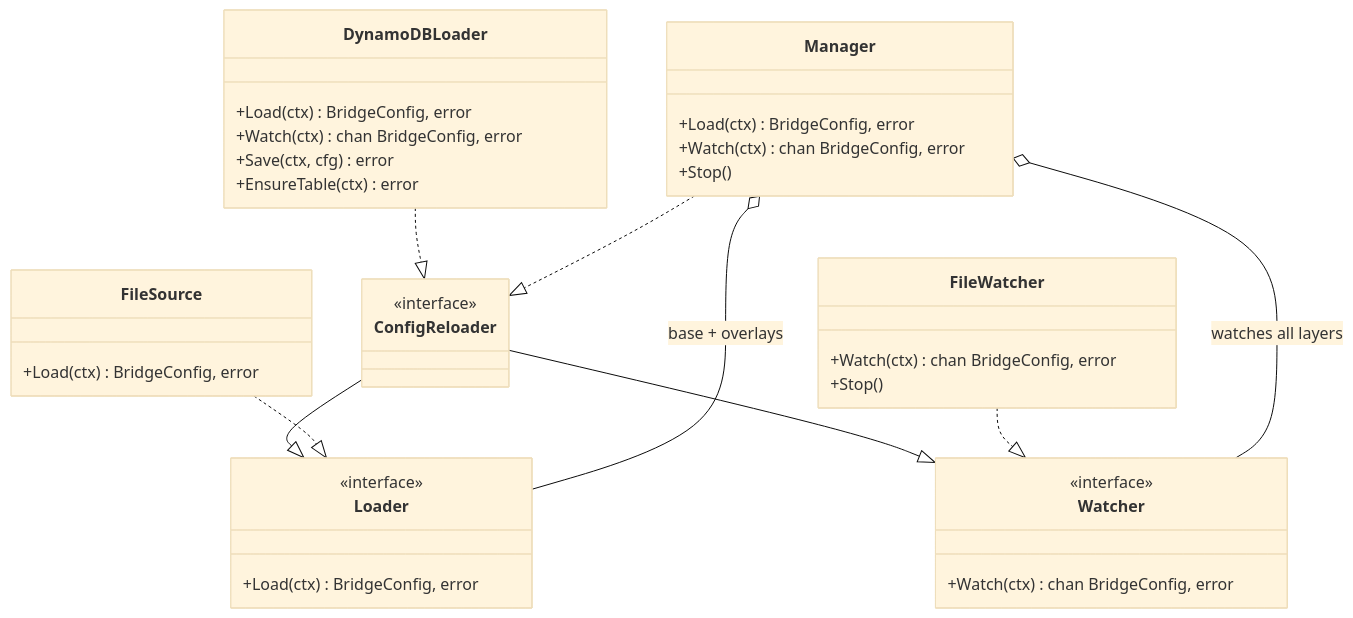
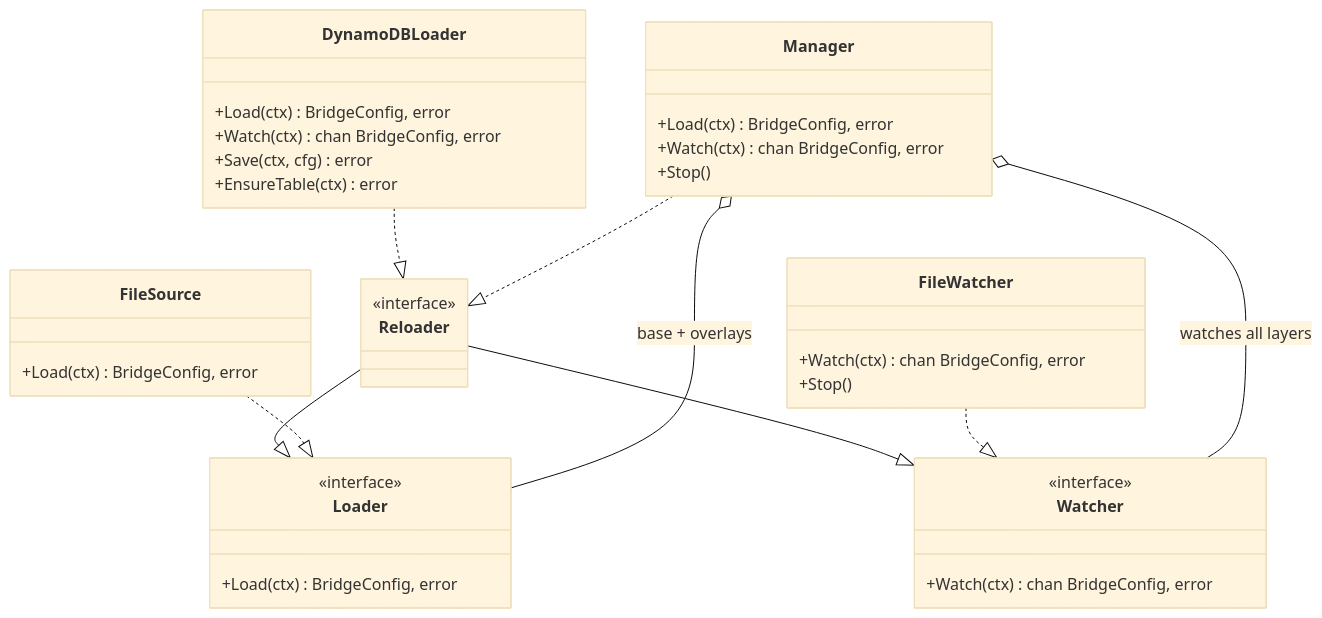
One commit to mariotoffia/gobridge changed the first of 2 diagrams in docs/config-stores.md. Above: the diagram before and after it, drawn with Mermaid (base theme). The commit also changed other lines of this file and 92 other files, not shown here.

First line of the commit message:
Update Go to 1.25 and add detailed architecture lint policy

````diff
--- a/docs/config-stores.md
+++ b/docs/config-stores.md
@@ -9,43 +9,43 @@
 ```mermaid
 classDiagram
     class Loader {
         <<interface>>
         +Load(ctx) BridgeConfig, error
     }
     class Watcher {
         <<interface>>
         +Watch(ctx) chan BridgeConfig, error
     }
-    class ConfigReloader {
+    class Reloader {
         <<interface>>
     }
 
-    ConfigReloader --|> Loader
-    ConfigReloader --|> Watcher
+    Reloader --|> Loader
+    Reloader --|> Watcher
 
     class FileSource {
         +Load(ctx) BridgeConfig, error
     }
     class FileWatcher {
         +Watch(ctx) chan BridgeConfig, error
         +Stop()
     }
     class DynamoDBLoader {
         +Load(ctx) BridgeConfig, error
         +Watch(ctx) chan BridgeConfig, error
         +Save(ctx, cfg) error
         +EnsureTable(ctx) error
     }
     class Manager {
         +Load(ctx) BridgeConfig, error
         +Watch(ctx) chan BridgeConfig, error
         +Stop()
     }
 
     FileSource ..|> Loader
     FileWatcher ..|> Watcher
-    DynamoDBLoader ..|> ConfigReloader
-    Manager ..|> ConfigReloader
+    DynamoDBLoader ..|> Reloader
+    Manager ..|> Reloader
     Manager o-- Loader : base + overlays
     Manager o-- Watcher : watches all layers
 ```
````
